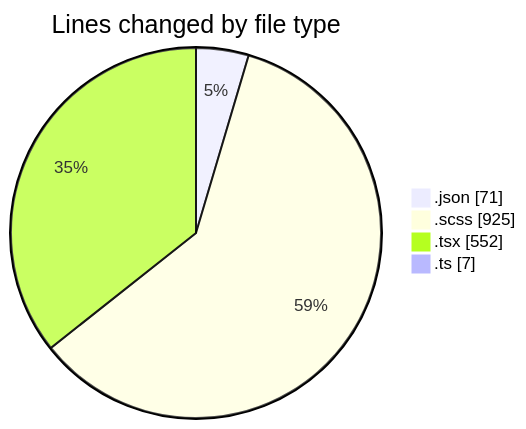
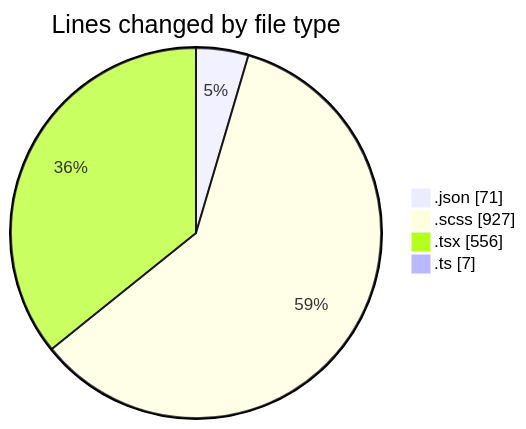
Before and after one commit to momahboobian/code-tracking: the first of 2 diagrams in 2026-02-17/cda/README.md, drawn with Mermaid. The commit also changed other lines of this file and 1 other file, not shown here.

````diff
--- a/2026-02-17/cda/README.md
+++ b/2026-02-17/cda/README.md
@@ -27,8 +27,8 @@
 ```mermaid
 pie showData
 title Lines changed by file type
 ".json" : 71
-".scss" : 925
-".tsx" : 552
+".scss" : 927
+".tsx" : 556
 ".ts" : 7
 ```
````
